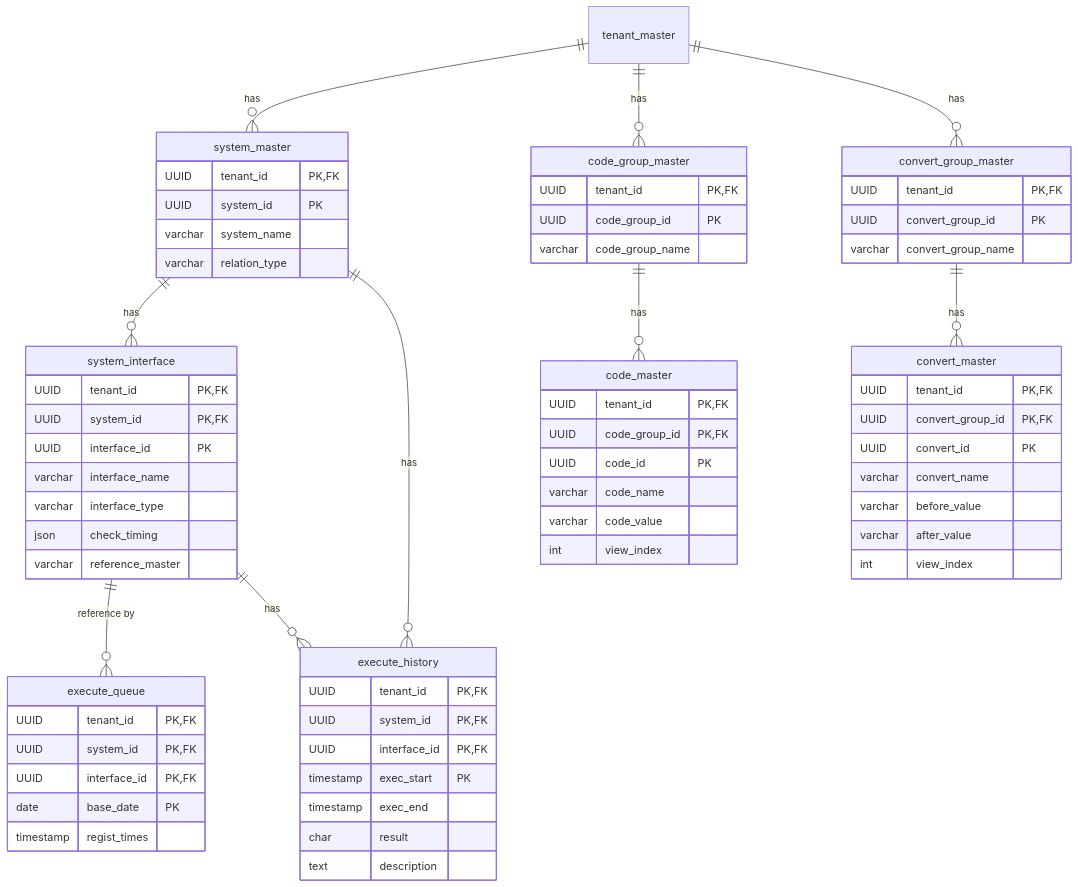
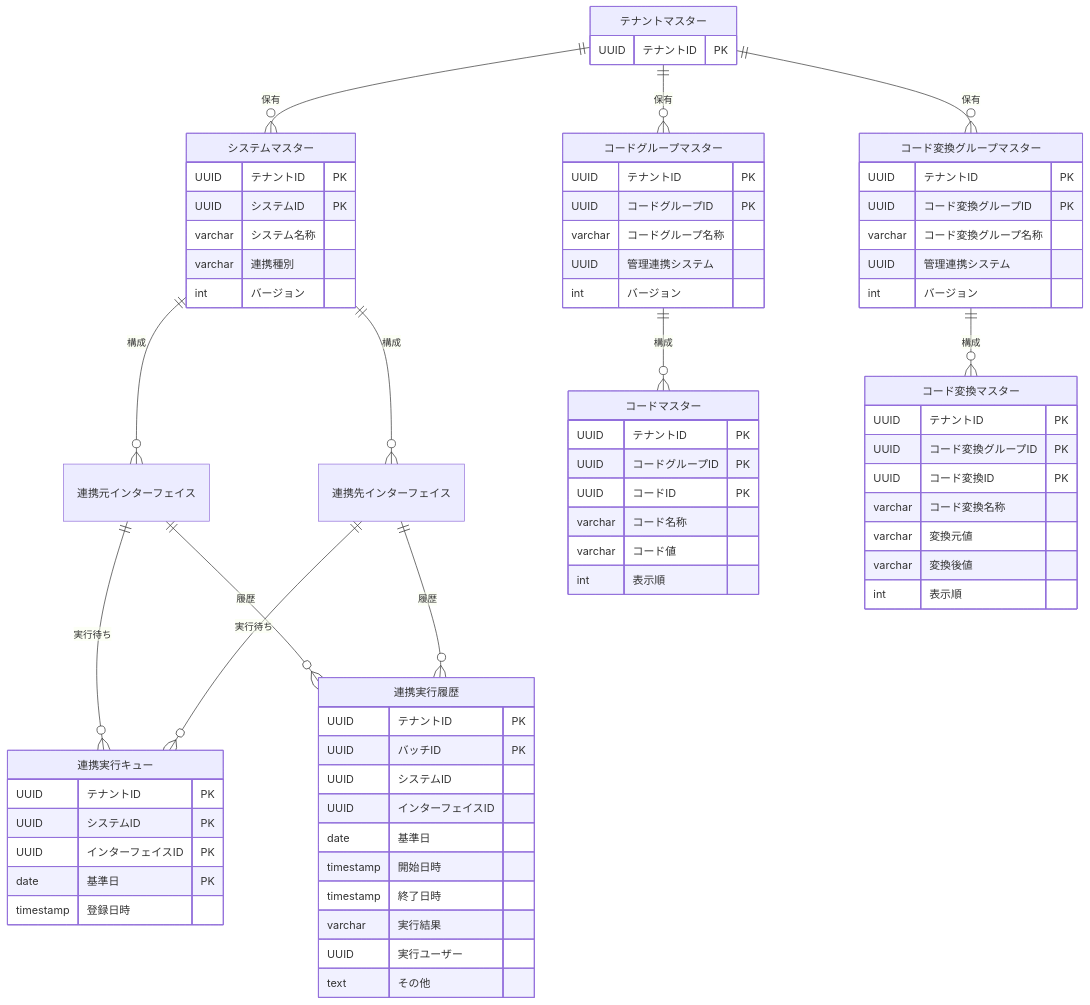
One commit to imlv-huandd/idcontrol changed the fourth of 7 diagrams in spec/基本設計/エンティティ定義/内部設計/エンティティ定義.md. Above: the diagram before and after it, drawn with Mermaid. The commit also changed other lines of this file and 50 other files, not shown here.

````diff
--- a/spec/基本設計/エンティティ定義/内部設計/エンティティ定義.md
+++ b/spec/基本設計/エンティティ定義/内部設計/エンティティ定義.md
@@ -663,71 +682,75 @@
 ```mermaid
 erDiagram
-    tenant_master ||--o{ system_master : "has"
-    tenant_master ||--o{ code_group_master : "has"
-    tenant_master ||--o{ convert_group_master : "has"
-    system_master ||--o{ system_interface : "has"
-    system_master ||--o{ execute_history : "has"
-    system_interface ||--o{ execute_queue : "reference by"
-    system_interface ||--o{ execute_history : "has"
-    code_group_master ||--o{ code_master : "has"
-    convert_group_master ||--o{ convert_master : "has"
+    テナントマスター ||--o{ システムマスター : "保有"
+    テナントマスター ||--o{ コードグループマスター : "保有"
+    テナントマスター ||--o{ コード変換グループマスター : "保有"
+    システムマスター ||--o{ 連携元インターフェイス : "構成"
+    システムマスター ||--o{ 連携先インターフェイス : "構成"
+    連携元インターフェイス ||--o{ 連携実行キュー : "実行待ち"
+    連携元インターフェイス ||--o{ 連携実行履歴 : "履歴"
+    連携先インターフェイス ||--o{ 連携実行キュー : "実行待ち"
+    連携先インターフェイス ||--o{ 連携実行履歴 : "履歴"
+    コードグループマスター ||--o{ コードマスター : "構成"
+    コード変換グループマスター ||--o{ コード変換マスター : "構成"
 
-    system_master {
-        UUID tenant_id PK,FK
-        UUID system_id PK
-        varchar system_name
-        varchar relation_type
+    テナントマスター {
+        UUID テナントID PK
     }
-    system_interface {
-        UUID tenant_id PK,FK
-        UUID system_id PK,FK
-        UUID interface_id PK
-        varchar interface_name
-        varchar interface_type
-        json check_timing
-        varchar reference_master
+    システムマスター {
+        UUID テナントID PK
+        UUID システムID PK
+        varchar システム名称
+        varchar 連携種別
+        int バージョン
     }
-    code_group_master {
-        UUID tenant_id PK,FK
-        UUID code_group_id PK
-        varchar code_group_name 
+    コードグループマスター {
+        UUID テナントID PK
+        UUID コードグループID PK
+        varchar コードグループ名称
+        UUID 管理連携システム
+        int バージョン
     }
-    code_master {
-        UUID tenant_id PK,FK
-        UUID code_group_id PK,FK
-        UUID code_id PK
-        varchar code_name
-        varchar code_value
-        int view_index
+    コードマスター {
+        UUID テナントID PK
+        UUID コードグループID PK
+        UUID コードID PK
+        varchar コード名称
+        varchar コード値
+        int 表示順
     }
-    convert_group_master {
-        UUID tenant_id PK,FK
-        UUID convert_group_id PK
-        varchar convert_group_name
+    コード変換グループマスター {
+        UUID テナントID PK
+        UUID コード変換グループID PK
+        varchar コード変換グループ名称
+        UUID 管理連携システム
+        int バージョン
     }
-    convert_master {
-        UUID tenant_id PK,FK
-        UUID convert_group_id PK,FK
-        UUID convert_id PK
-        varchar convert_name
-        varchar before_value
-        varchar after_value
-        int view_index
+    コード変換マスター {
+        UUID テナントID PK
+        UUID コード変換グループID PK
+        UUID コード変換ID PK
+        varchar コード変換名称
+        varchar 変換元値
+        varchar 変換後値
+        int 表示順
     }
-    execute_queue {
-        UUID tenant_id PK,FK
-        UUID system_id PK,FK
-        UUID interface_id PK,FK
-        date base_date PK
-        timestamp regist_times
+    連携実行キュー {
+        UUID テナントID PK
+        UUID システムID PK
+        UUID インターフェイスID PK
+        date 基準日 PK
+        timestamp 登録日時
     }
-    execute_history {
-        UUID tenant_id PK,FK
-        UUID system_id PK,FK
-        UUID interface_id PK,FK
-        timestamp exec_start PK
-        timestamp exec_end
-        char result
-        text description
+    連携実行履歴 {
+        UUID テナントID PK
+        UUID バッチID PK
+        UUID システムID
+        UUID インターフェイスID
+        date 基準日
+        timestamp 開始日時
+        timestamp 終了日時
+        varchar 実行結果
+        UUID 実行ユーザー
+        text その他
     }
 ```
````
